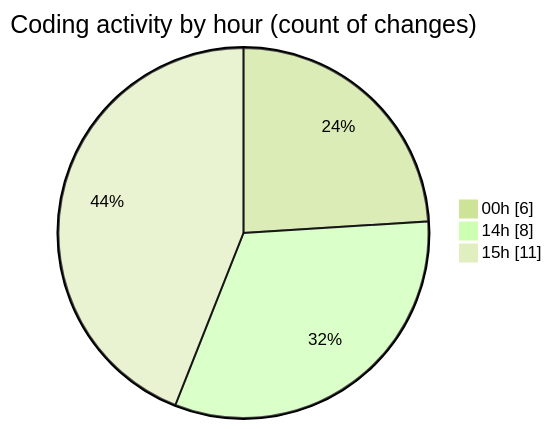
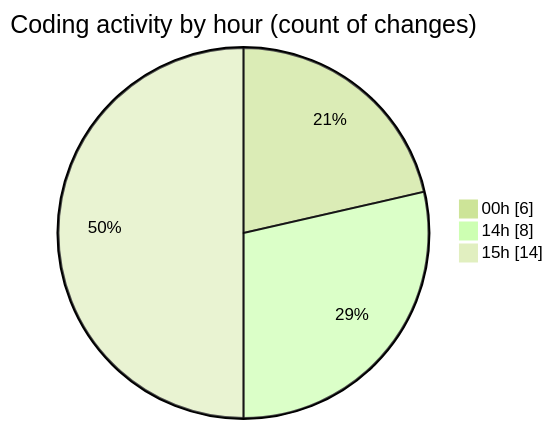
The second of 2 diagrams in 2025-03-15/myws__workspace_/README.md (MatusMokan/code-tracking), drawn with Mermaid (forest theme) before and after one commit. The commit also changed other lines of this file and 1 other file, not shown here.

````diff
--- a/2025-03-15/myws__workspace_/README.md
+++ b/2025-03-15/myws__workspace_/README.md
@@ -30,7 +30,7 @@
 ```mermaid
 pie showData
 title Coding activity by hour (count of changes)
 "00h" : 6
 "14h" : 8
-"15h" : 11
+"15h" : 14
 ```
````
